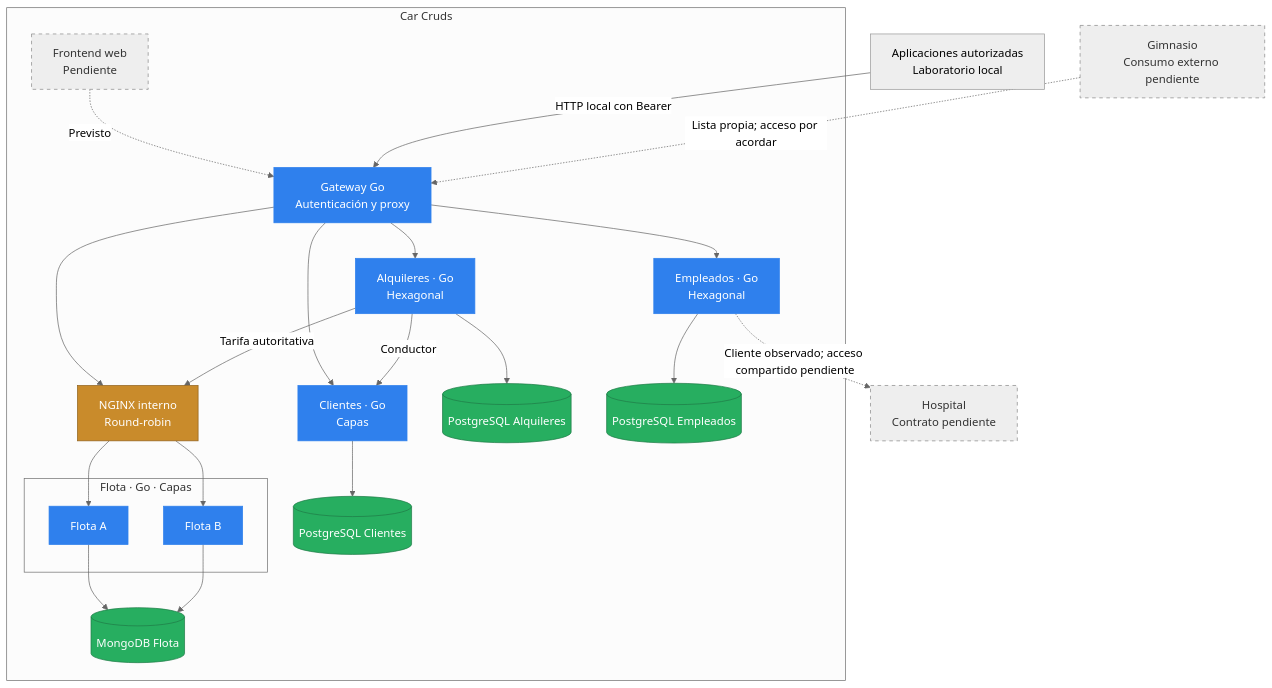
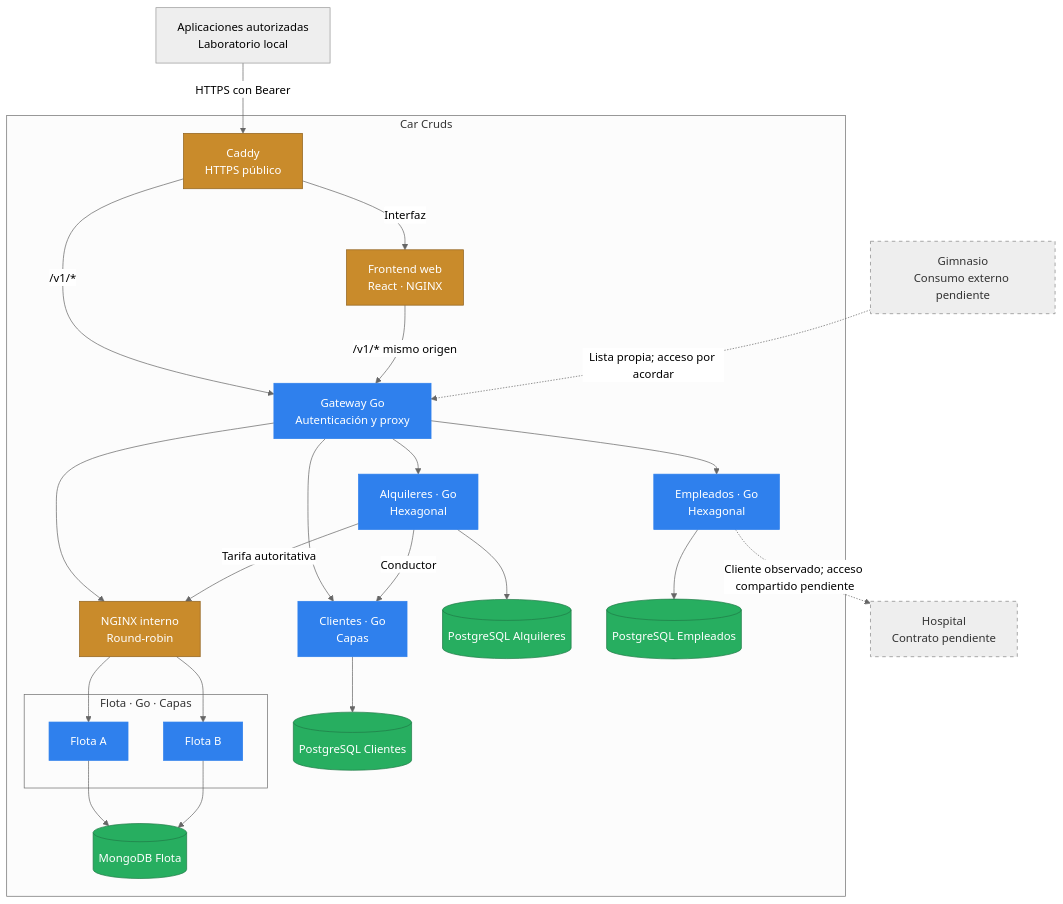
The second of 3 diagrams in docs/ARCHITECTURE.md (Gerpeirone/Car-Cruds), drawn with Mermaid (neutral theme) before and after one commit. The commit also changed other lines of this file, not shown here.

````diff
--- a/docs/ARCHITECTURE.md
+++ b/docs/ARCHITECTURE.md
@@ -53,48 +55,51 @@
 ```mermaid
 flowchart TB
     User["Aplicaciones autorizadas<br/>Laboratorio local"]
     Gym["Gimnasio<br/>Consumo externo pendiente"]
     Clinic["Hospital<br/>Contrato pendiente"]
     subgraph System["Car Cruds"]
-        Web["Frontend web<br/>Pendiente"]
+        Edge["Caddy<br/>HTTPS público"]
+        Web["Frontend web<br/>React · NGINX"]
         GW["Gateway Go<br/>Autenticación y proxy"]
         Customers["Clientes · Go<br/>Capas"]
         Rentals["Alquileres · Go<br/>Hexagonal"]
         Employees["Empleados · Go<br/>Hexagonal"]
         LB["NGINX interno<br/>Round-robin"]
         subgraph Replicas["Flota · Go · Capas"]
             A["Flota A"]
             B["Flota B"]
         end
         CDB[("PostgreSQL Clientes")]
         RDB[("PostgreSQL Alquileres")]
         EDB[("PostgreSQL Empleados")]
         FDB[("MongoDB Flota")]
 
-        Web -.->|"Previsto"| GW
+        Edge -->|"/v1/*"| GW
+        Edge -->|"Interfaz"| Web
+        Web -->|"/v1/* mismo origen"| GW
         GW --> Customers
         GW --> Rentals
         GW --> Employees
         GW --> LB
         Rentals -->|"Conductor"| Customers
         Rentals -->|"Tarifa autoritativa"| LB
         LB --> A
         LB --> B
         Customers --> CDB
         Rentals --> RDB
         Employees --> EDB
         A --> FDB
         B --> FDB
     end
-    User -->|"HTTP local con Bearer"| GW
+    User -->|"HTTPS con Bearer"| Edge
     Gym -.->|"Lista propia; acceso por acordar"| GW
     Employees -.->|"Cliente observado; acceso compartido pendiente"| Clinic
     classDef app fill:#2f80ed,color:#fff,stroke:#2f80ed;
     classDef data fill:#27ae60,color:#fff,stroke:#207c48;
     classDef support fill:#c98b2b,color:#fff,stroke:#91631e;
     classDef pending fill:#eee,color:#333,stroke:#888,stroke-dasharray:5 5;
     class GW,Customers,Rentals,Employees,A,B app;
     class CDB,RDB,EDB,FDB data;
-    class LB support;
-    class Web,Gym,Clinic pending;
+    class LB,Edge,Web support;
+    class Gym,Clinic pending;
 ```
````
